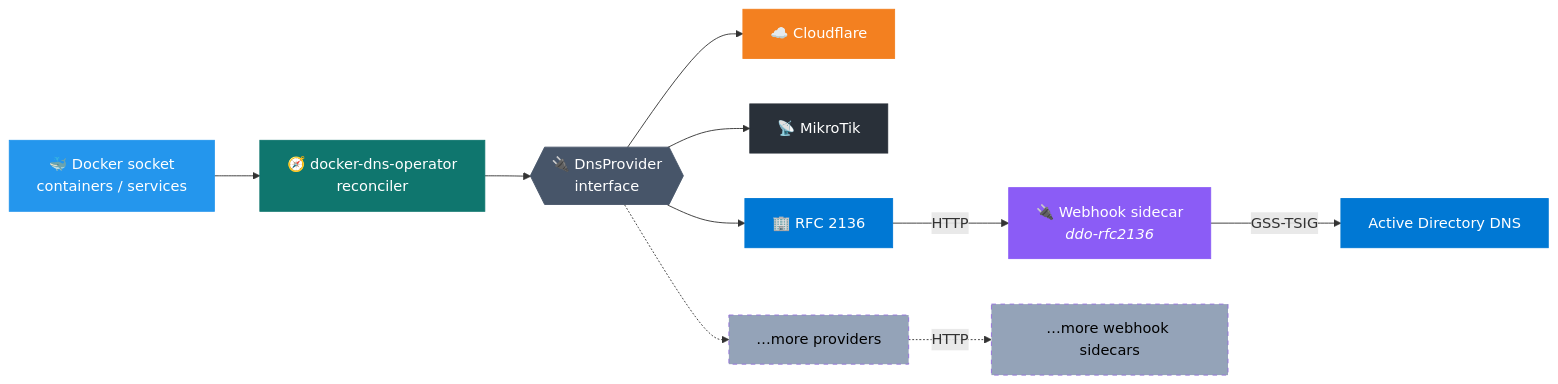
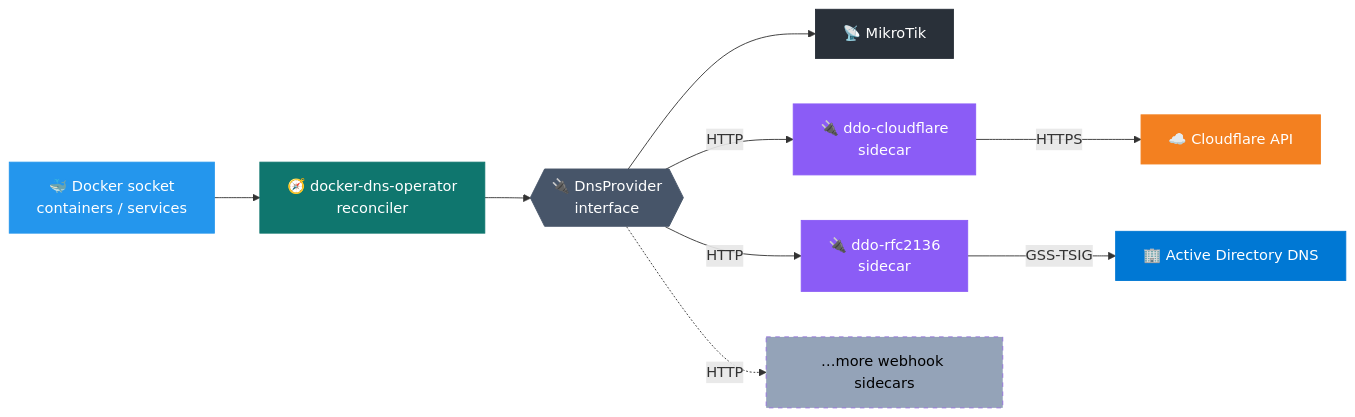
Before and after one commit to mrkhachaturov/docker-dns-operator: the first of 2 diagrams in README.md, drawn with Mermaid. The commit also changed other lines of this file and 29 other files, not shown here.

````diff
--- a/README.md
+++ b/README.md
@@ -39,25 +39,23 @@
 ```mermaid
 graph LR
     DK["🐳 Docker socket<br/>containers / services"] --> OP["🧭 docker-dns-operator<br/>reconciler"]
     OP --> P{{"🔌 DnsProvider<br/>interface"}}
 
-    P --> CF["☁️ Cloudflare"]
     P --> MT["📡 MikroTik"]
-    P --> RF["🏢 RFC 2136"]
-    P -.-> PLUS["…more providers"]
+    P -->|HTTP| CFW["🔌 ddo-cloudflare<br/>sidecar"]
+    P -->|HTTP| RFW["🔌 ddo-rfc2136<br/>sidecar"]
+    P -.->|HTTP| WHN["…more webhook sidecars"]
 
-    RF -->|HTTP| WH["🔌 Webhook sidecar<br/><i>ddo-rfc2136</i>"]
-    WH -->|GSS-TSIG| AD["Active Directory DNS"]
-    PLUS -.->|HTTP| WHN["…more webhook sidecars"]
+    CFW -->|HTTPS| CF["☁️ Cloudflare API"]
+    RFW -->|GSS-TSIG| AD["🏢 Active Directory DNS"]
 
     style DK fill:#2496ed,color:#fff,stroke:#2496ed
     style OP fill:#0f766e,color:#fff,stroke:#0f766e
     style P fill:#475569,color:#fff,stroke:#475569
     style CF fill:#f38020,color:#fff,stroke:#f38020
+    style CFW fill:#8b5cf6,color:#fff,stroke:#8b5cf6
     style MT fill:#293039,color:#fff,stroke:#293039
-    style RF fill:#0078d4,color:#fff,stroke:#0078d4
-    style WH fill:#8b5cf6,color:#fff,stroke:#8b5cf6
+    style RFW fill:#8b5cf6,color:#fff,stroke:#8b5cf6
     style AD fill:#0078d4,color:#fff,stroke:#0078d4
-    style PLUS fill:#94a3b8,color:#000,stroke-dasharray: 5 5
     style WHN fill:#94a3b8,color:#000,stroke-dasharray: 5 5
 ```
````
